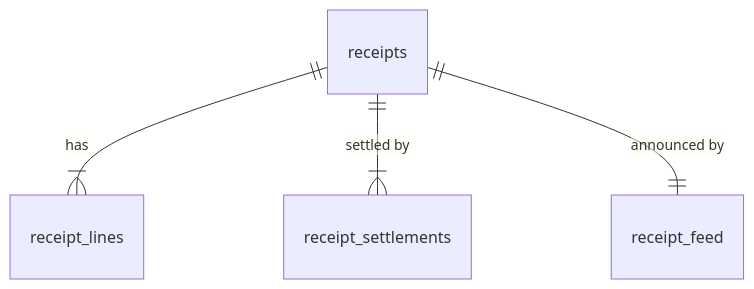
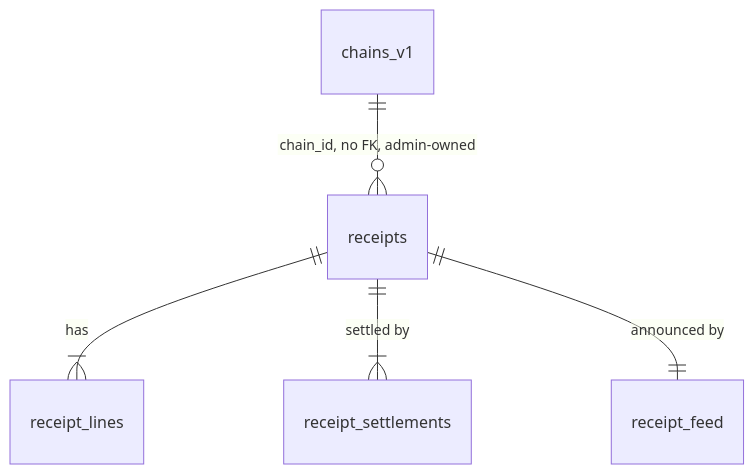
Before and after one commit to e1970180/grocery-tracker_retail-receipts-import: the fourth of 4 diagrams in _bmad-output/initiative-receipts-import-mvp/architecture-receipts-import/architecture-receipts-import.md, drawn with Mermaid. The commit also changed other lines of this file and 2 other files, not shown here.

First line of the commit message:
docs: restart retries from pass 1, add duplicate pre-check and chain reference

````diff
--- a/_bmad-output/initiative-receipts-import-mvp/architecture-receipts-import/architecture-receipts-import.md
+++ b/_bmad-output/initiative-receipts-import-mvp/architecture-receipts-import/architecture-receipts-import.md
@@ -285,6 +300,7 @@
 ```mermaid
 erDiagram
   receipts ||--|{ receipt_lines : has
   receipts ||--|{ receipt_settlements : "settled by"
   receipts ||--|| receipt_feed : "announced by"
+  chains_v1 ||--o{ receipts : "chain_id, no FK, admin-owned"
 ```
````
